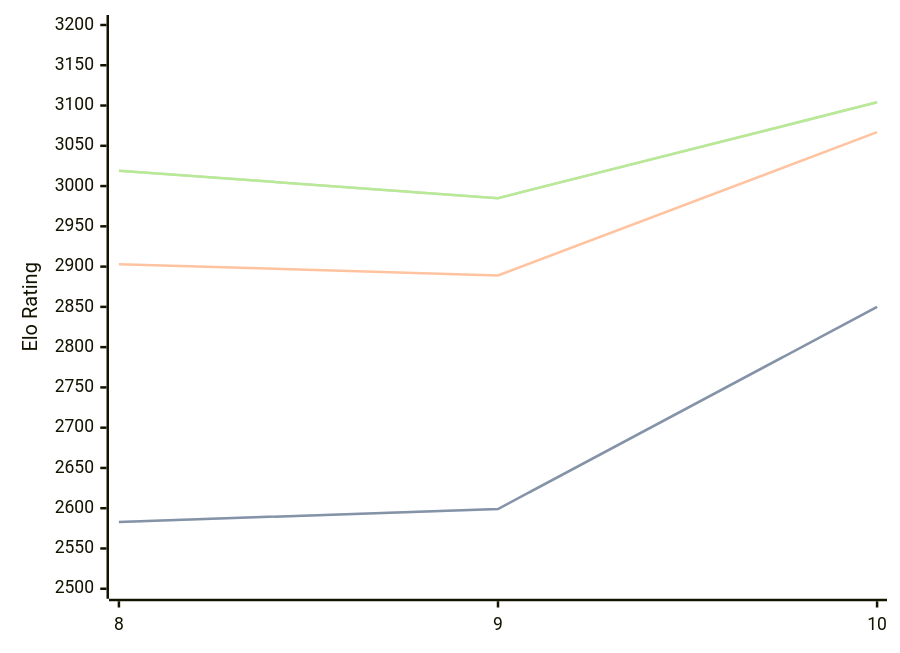
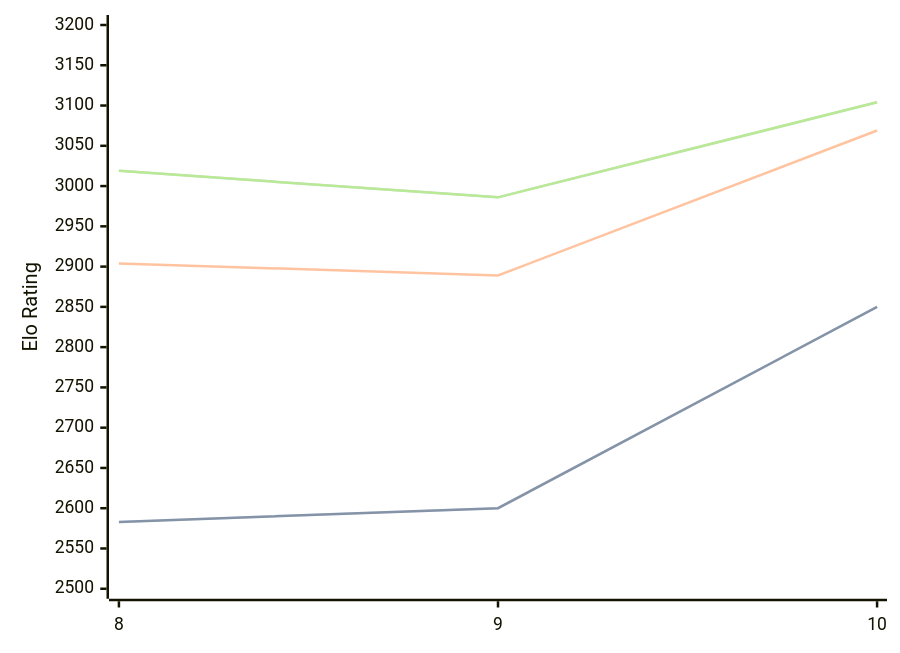
The third of 3 diagrams in engines/Lozza.md (computer-chess-index/cci), drawn with Mermaid before and after one commit. The commit also changed other lines of this file, not shown here.

Commit message:
Update CCI Ratings (ELO VLTC) - 2026-06-22

````diff
--- a/engines/Lozza.md
+++ b/engines/Lozza.md
@@ -74,11 +74,11 @@
 ```mermaid
 %%{init: {"theme":"base","themeVariables":{"seriesColors:['#a3a3a3','#222221','#faa371']}}}%%
 xychart-beta
   x-axis ["8", "9", "10"]
   y-axis "Elo Rating" 2500 --> 3200
-  line "STC (8.0+0.08s)" [2583, 2599, 2850]
-  line "STC (8.0+0.08s)" [2583, 2599, 2850]
-  line "LTC (60.0+0.60s)" [2903, 2889, 3067]
-  line "VLTC (2m24s+1.12s)" [3019, 2985, 3104]
-  line "VLTC (2m24s+1.12s)" [3019, 2985, 3104]
+  line "STC (8.0+0.08s)" [2583, 2600, 2850]
+  line "STC (8.0+0.08s)" [2583, 2600, 2850]
+  line "LTC (60.0+0.60s)" [2904, 2889, 3069]
+  line "VLTC (2m24s+1.12s)" [3019, 2986, 3104]
+  line "VLTC (2m24s+1.12s)" [3019, 2986, 3104]
 ```
````
